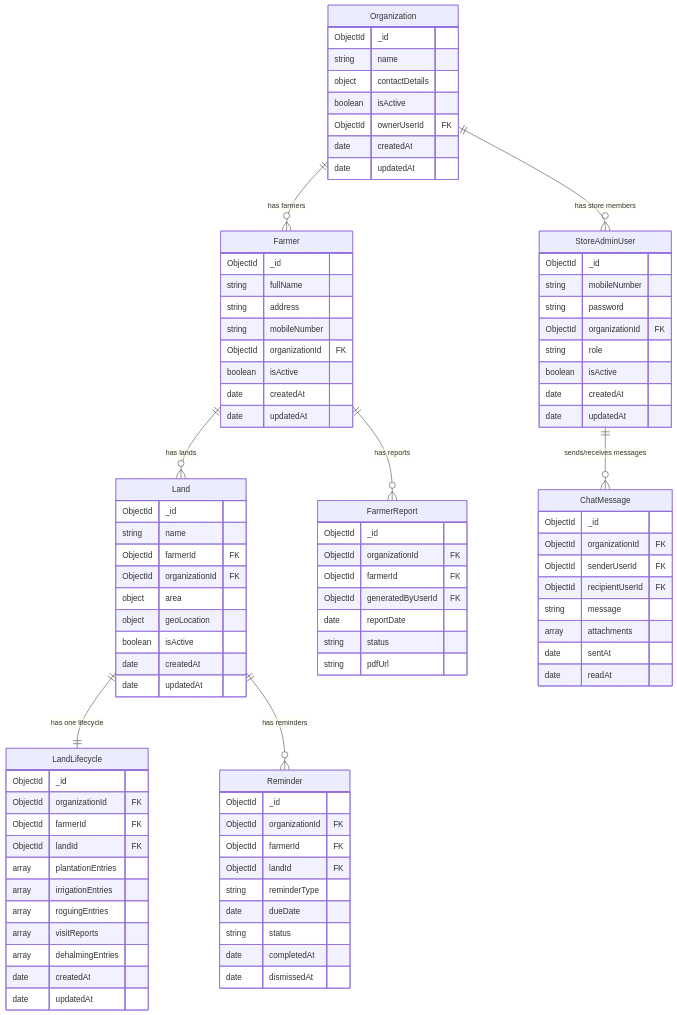
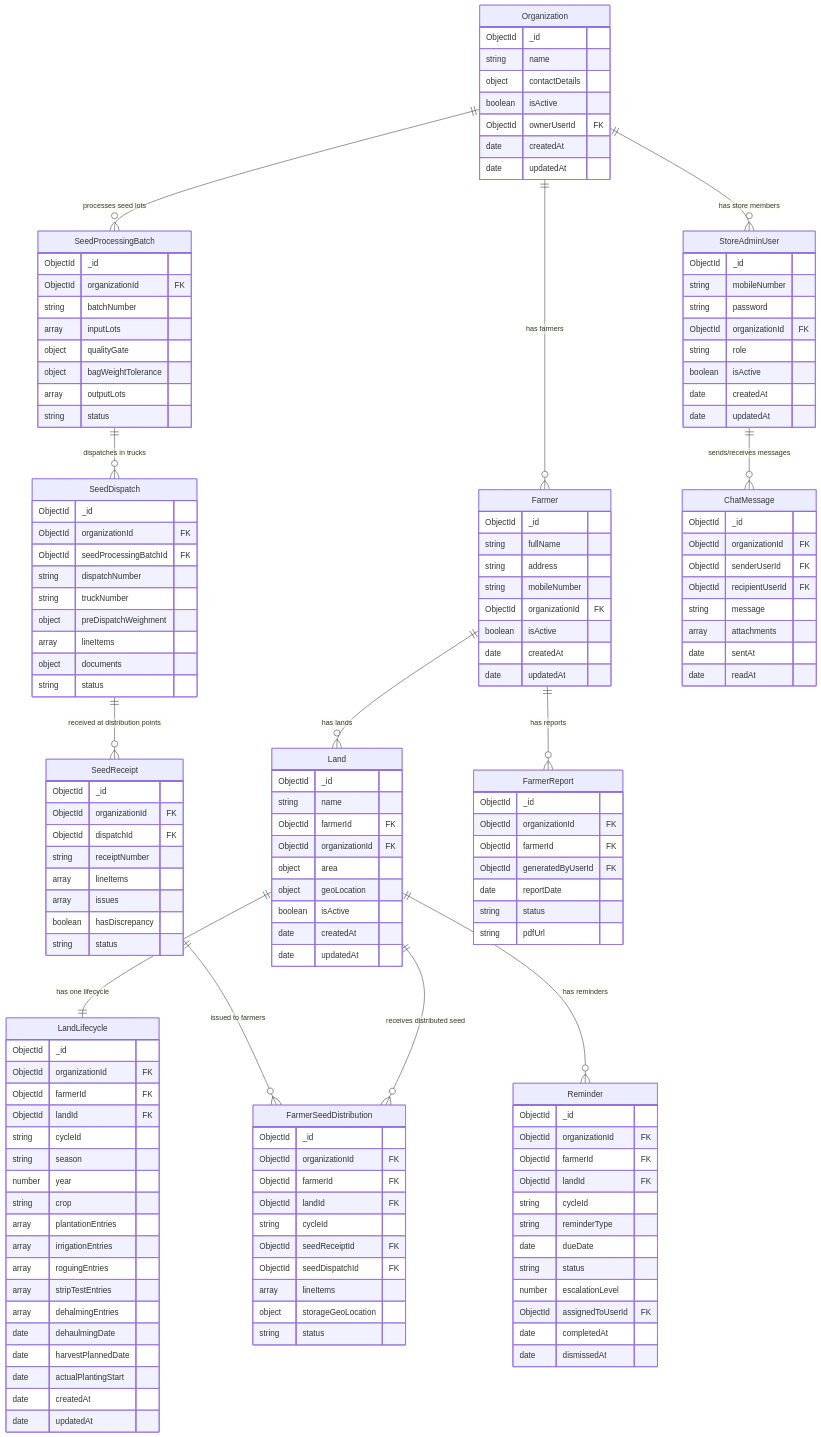
One commit to DhairyaSehgal07/Contract-Farming changed the diagram in docs/DATA_MODEL.md. Above: the diagram before and after it, drawn with Mermaid. The commit also changed other lines of this file and 10 other files, not shown here.

```diff
--- a/docs/DATA_MODEL.md
+++ b/docs/DATA_MODEL.md
@@ -18,6 +18,11 @@
   Organization ||--o{ Farmer : "has farmers"
   Farmer ||--o{ Land : "has lands"
   Land ||--|| LandLifecycle : "has one lifecycle"
+  Organization ||--o{ SeedProcessingBatch : "processes seed lots"
+  SeedProcessingBatch ||--o{ SeedDispatch : "dispatches in trucks"
+  SeedDispatch ||--o{ SeedReceipt : "received at distribution points"
+  SeedReceipt ||--o{ FarmerSeedDistribution : "issued to farmers"
+  Land ||--o{ FarmerSeedDistribution : "receives distributed seed"
   Land ||--o{ Reminder : "has reminders"
   Farmer ||--o{ FarmerReport : "has reports"
   StoreAdminUser ||--o{ ChatMessage : "sends/receives messages"
@@ -66,22 +71,75 @@
     ObjectId organizationId FK
     ObjectId farmerId FK
     ObjectId landId FK
+    string cycleId
+    string season
+    number year
+    string crop
     array plantationEntries
     array irrigationEntries
     array roguingEntries
-    array visitReports
+    array stripTestEntries
     array dehalmingEntries
+    date dehaulmingDate
+    date harvestPlannedDate
+    date actualPlantingStart
     date createdAt
     date updatedAt
+  }
+  SeedProcessingBatch {
+    ObjectId _id
+    ObjectId organizationId FK
+    string batchNumber
+    array inputLots
+    object qualityGate
+    object bagWeightTolerance
+    array outputLots
+    string status
+  }
+  SeedDispatch {
+    ObjectId _id
+    ObjectId organizationId FK
+    ObjectId seedProcessingBatchId FK
+    string dispatchNumber
+    string truckNumber
+    object preDispatchWeighment
+    array lineItems
+    object documents
+    string status
+  }
+  SeedReceipt {
+    ObjectId _id
+    ObjectId organizationId FK
+    ObjectId dispatchId FK
+    string receiptNumber
+    array lineItems
+    array issues
+    boolean hasDiscrepancy
+    string status
+  }
+  FarmerSeedDistribution {
+    ObjectId _id
+    ObjectId organizationId FK
+    ObjectId farmerId FK
+    ObjectId landId FK
+    string cycleId
+    ObjectId seedReceiptId FK
+    ObjectId seedDispatchId FK
+    array lineItems
+    object storageGeoLocation
+    string status
   }
   Reminder {
     ObjectId _id
     ObjectId organizationId FK
     ObjectId farmerId FK
     ObjectId landId FK
+    string cycleId
     string reminderType
     date dueDate
     string status
+    number escalationLevel
+    ObjectId assignedToUserId FK
     date completedAt
     date dismissedAt
   }
```
